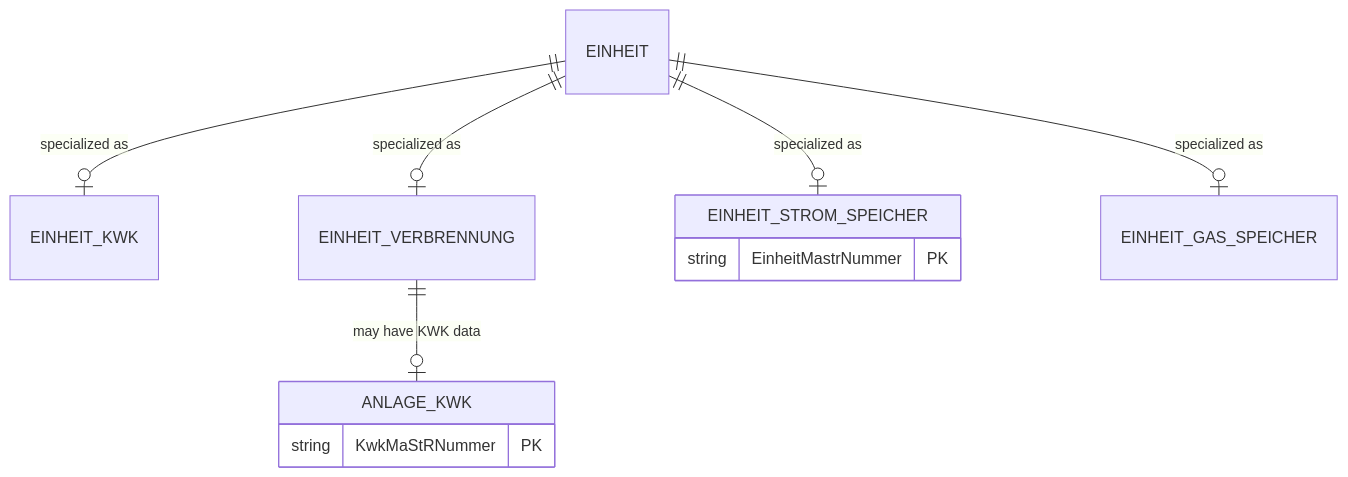
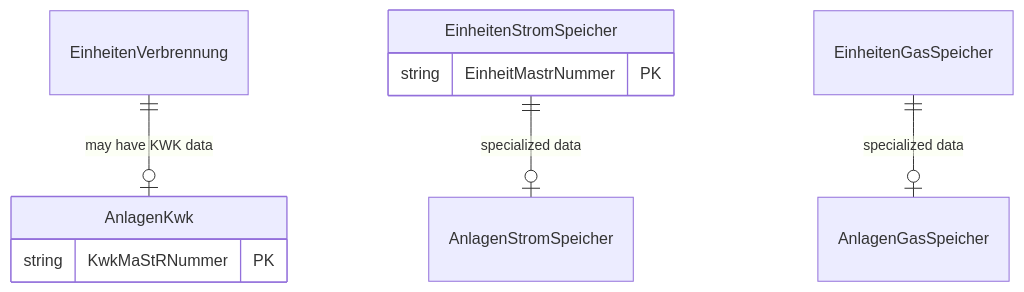
Before and after one commit to zavalit/mastRpiece: the fourth of 5 diagrams in docs/data-relationships.md, drawn with Mermaid. The commit also changed other lines of this file, not shown here.

````diff
--- a/docs/data-relationships.md
+++ b/docs/data-relationships.md
@@ -96,16 +94,13 @@
 ```mermaid
 erDiagram
-    EINHEIT ||--o| EINHEIT_KWK : "specialized as"
-    EINHEIT ||--o| EINHEIT_VERBRENNUNG : "specialized as"
-    EINHEIT ||--o| EINHEIT_STROM_SPEICHER : "specialized as"
-    EINHEIT ||--o| EINHEIT_GAS_SPEICHER : "specialized as"
+    EinheitenVerbrennung ||--o| AnlagenKwk : "may have KWK data"
+    EinheitenStromSpeicher ||--o| AnlagenStromSpeicher : "specialized data"
+    EinheitenGasSpeicher ||--o| AnlagenGasSpeicher : "specialized data"
 
-    EINHEIT_VERBRENNUNG ||--o| ANLAGE_KWK : "may have KWK data"
-
-    EINHEIT_STROM_SPEICHER {
+    EinheitenStromSpeicher {
         string EinheitMastrNummer PK
     }
-    ANLAGE_KWK {
+    AnlagenKwk {
         string KwkMaStRNummer PK
     }
 ```
````
